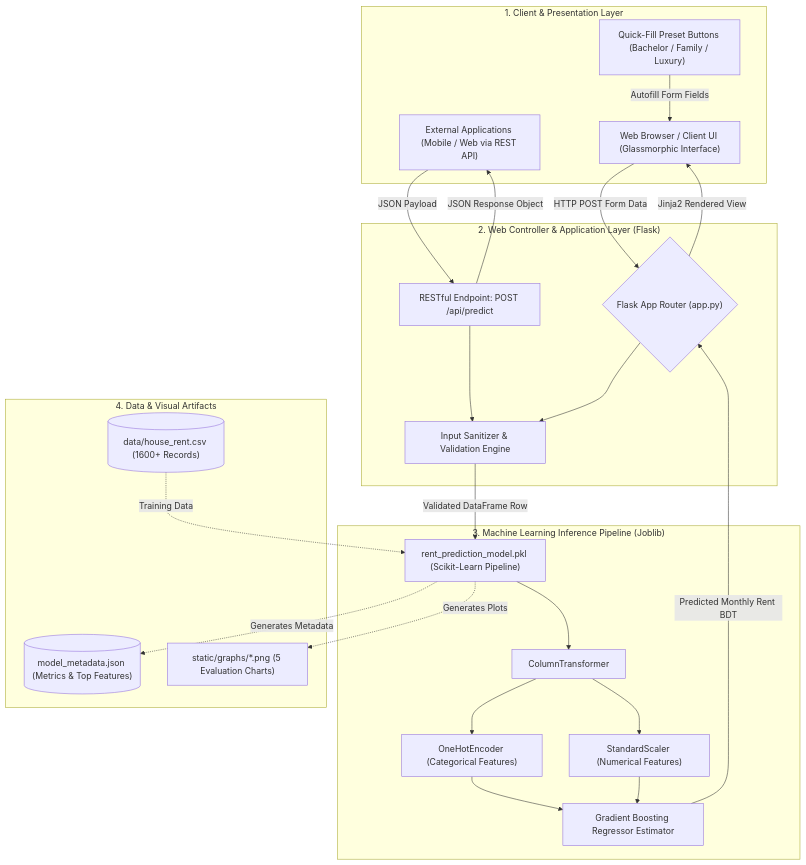
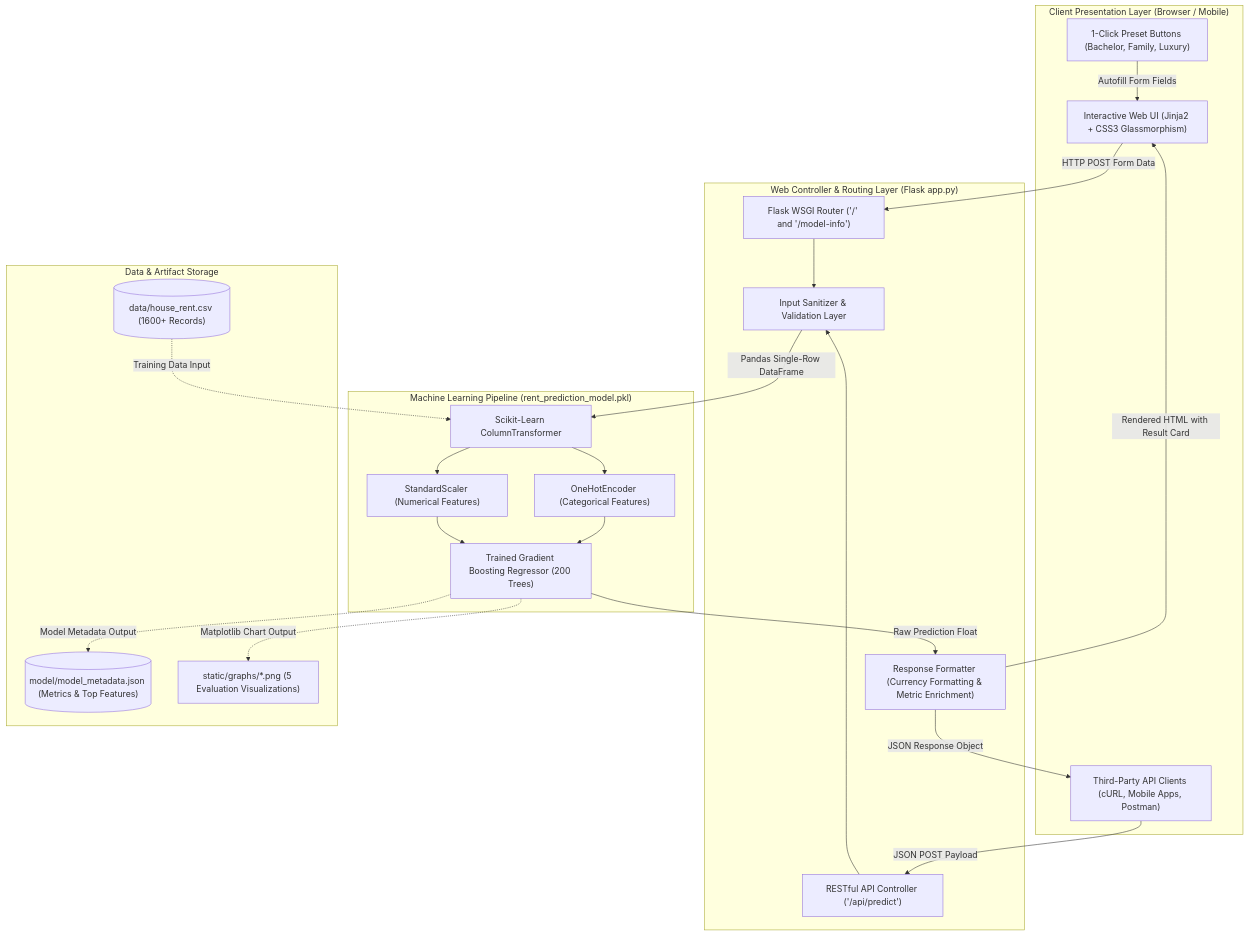
Before and after one commit to SRAKIB17/home-rent-prediction: the third of 8 diagrams in PROJECT_REPORT.md, drawn with Mermaid. The commit also changed other lines of this file, not shown here.

````diff
--- a/PROJECT_REPORT.md
+++ b/PROJECT_REPORT.md
@@ -357,50 +624,49 @@
 ```mermaid
 flowchart TD
-    subgraph ClientLayer ["1. Client & Presentation Layer"]
-        UI["Web Browser / Client UI (Glassmorphic Interface)"]
-        Presets["Quick-Fill Preset Buttons (Bachelor / Family / Luxury)"]
-        API_Client["External Applications (Mobile / Web via REST API)"]
+    subgraph Client ["Client Presentation Layer (Browser / Mobile)"]
+        A1["Interactive Web UI (Jinja2 + CSS3 Glassmorphism)"]
+        A2["1-Click Preset Buttons (Bachelor, Family, Luxury)"]
+        A3["Third-Party API Clients (cURL, Mobile Apps, Postman)"]
     end
 
-    subgraph ControllerLayer ["2. Web Controller & Application Layer (Flask)"]
-        Router{"Flask App Router (app.py)"}
-        Validator["Input Sanitizer & Validation Engine"]
-        REST_Endpoint["RESTful Endpoint: POST /api/predict"]
+    subgraph WebServer ["Web Controller & Routing Layer (Flask app.py)"]
+        B1["Flask WSGI Router ('/' and '/model-info')"]
+        B2["RESTful API Controller ('/api/predict')"]
+        B3["Input Sanitizer & Validation Layer"]
+        B4["Response Formatter (Currency Formatting & Metric Enrichment)"]
     end
 
-    subgraph MLLayer ["3. Machine Learning Inference Pipeline (Joblib)"]
-        PKL["rent_prediction_model.pkl (Scikit-Learn Pipeline)"]
-        CT["ColumnTransformer"]
-        OHE["OneHotEncoder (Categorical Features)"]
-        Scaler["StandardScaler (Numerical Features)"]
-        GBDT["Gradient Boosting Regressor Estimator"]
+    subgraph InferencePipeline ["Machine Learning Pipeline (rent_prediction_model.pkl)"]
+        C1["Scikit-Learn ColumnTransformer"]
+        C2["OneHotEncoder (Categorical Features)"]
+        C3["StandardScaler (Numerical Features)"]
+        C4["Trained Gradient Boosting Regressor (200 Trees)"]
     end
 
-    subgraph DataArtifacts ["4. Data & Visual Artifacts"]
-        CSV[("data/house_rent.csv (1600+ Records)")]
-        Metadata[("model_metadata.json (Metrics & Top Features)")]
-        Graphs["static/graphs/*.png (5 Evaluation Charts)"]
+    subgraph DataStore ["Data & Artifact Storage"]
+        D1[("data/house_rent.csv (1600+ Records)")]
+        D2[("model/model_metadata.json (Metrics & Top Features)")]
+        D3["static/graphs/*.png (5 Evaluation Visualizations)"]
     end
 
-    UI -->|HTTP POST Form Data| Router
-    Presets -->|Autofill Form Fields| UI
-    API_Client -->|JSON Payload| REST_Endpoint
+    A1 -->|HTTP POST Form Data| B1
+    A2 -->|Autofill Form Fields| A1
+    A3 -->|JSON POST Payload| B2
     
-    REST_Endpoint --> Validator
-    Router --> Validator
+    B1 --> B3
+    B2 --> B3
+    B3 -->|Pandas Single-Row DataFrame| C1
     
-    Validator -->|Validated DataFrame Row| PKL
-    PKL --> CT
-    CT --> OHE
-    CT --> Scaler
-    OHE --> GBDT
-    Scaler --> GBDT
+    C1 --> C2
+    C1 --> C3
+    C2 --> C4
+    C3 --> C4
     
-    GBDT -->|Predicted Monthly Rent BDT| Router
-    Router -->|Jinja2 Rendered View| UI
-    REST_Endpoint -->|JSON Response Object| API_Client
+    C4 -->|Raw Prediction Float| B4
+    B4 -->|Rendered HTML with Result Card| A1
+    B4 -->|JSON Response Object| A3
     
-    CSV -.->|Training Data| PKL
-    PKL -.->|Generates Metadata| Metadata
-    PKL -.->|Generates Plots| Graphs
+    D1 -.->|Training Data Input| C1
+    C4 -.->|Model Metadata Output| D2
+    C4 -.->|Matplotlib Chart Output| D3
 ```
````
